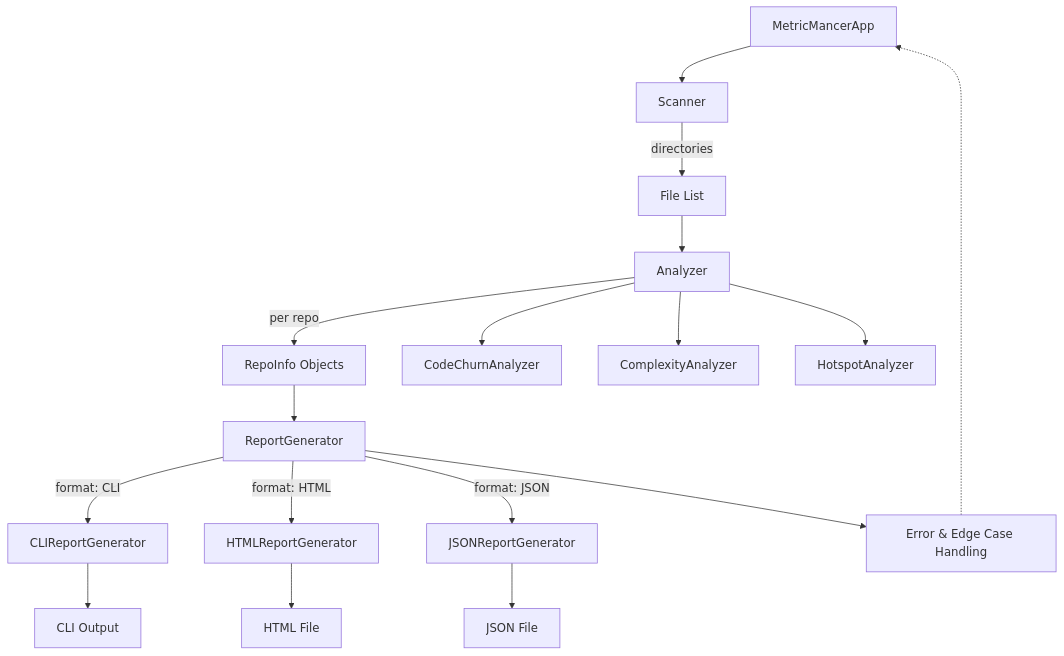
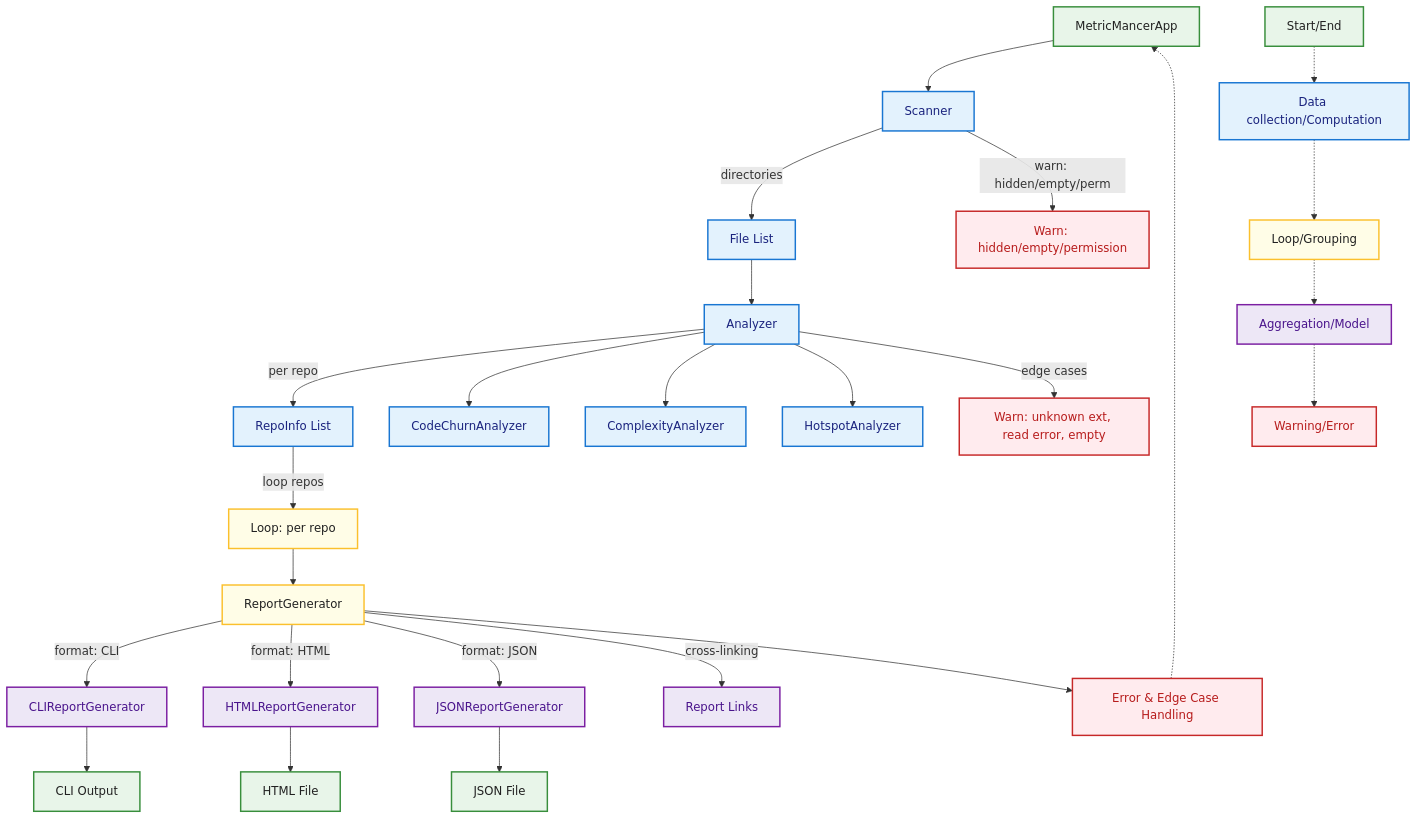
Before and after one commit to CmdrPrompt/MetricMancer: the first of 11 diagrams in SoftwareSpecificationAndDesign.md, drawn with Mermaid. The commit also changed other lines of this file and 21 other files, not shown here.

````diff
--- a/SoftwareSpecificationAndDesign.md
+++ b/SoftwareSpecificationAndDesign.md
@@ -163,19 +171,55 @@
 ```mermaid
-graph TD
-  App[MetricMancerApp] --> Scanner[Scanner]
-  Scanner -->|"directories"| Files[File List]
-  Files --> Analyzer[Analyzer]
-  Analyzer -->|"per repo"| RepoInfo[RepoInfo Objects]
-  Analyzer --> CodeChurn[CodeChurnAnalyzer]
-  Analyzer --> Complexity[ComplexityAnalyzer]
-  Analyzer --> Hotspot[HotspotAnalyzer]
-  RepoInfo --> ReportGenerator[ReportGenerator]
-  ReportGenerator -->|"format: CLI"| CLIReport[CLIReportGenerator]
-  ReportGenerator -->|"format: HTML"| HTMLReport[HTMLReportGenerator]
-  CLIReport --> CLIOutput[CLI Output]
-  HTMLReport --> HTMLOutput[HTML File]
-  ReportGenerator -->|"format: JSON"| JSONReport[JSONReportGenerator]
-  JSONReport --> JSONOutput[JSON File]
-  ReportGenerator --> ErrorHandling[Error & Edge Case Handling]
-  ErrorHandling -.-> App
+flowchart TD
+    App[MetricMancerApp]
+    App --> Scanner[Scanner]
+    Scanner -->|"directories"| Files[File List]
+    Files --> Analyzer[Analyzer]
+    Analyzer -->|"per repo"| RepoInfos[RepoInfo List]
+    Analyzer --> CodeChurn[CodeChurnAnalyzer]
+    Analyzer --> Complexity[ComplexityAnalyzer]
+    Analyzer --> Hotspot[HotspotAnalyzer]
+    Analyzer -->|"edge cases"| AnalyzerWarn[Warn: unknown ext, read error, empty]
+    RepoInfos -->|"loop repos"| ReportGenLoop[Loop: per repo]
+    ReportGenLoop --> ReportGenerator[ReportGenerator]
+    ReportGenerator -->|"format: CLI"| CLIReport[CLIReportGenerator]
+    ReportGenerator -->|"format: HTML"| HTMLReport[HTMLReportGenerator]
+    ReportGenerator -->|"format: JSON"| JSONReport[JSONReportGenerator]
+    CLIReport --> CLIOutput[CLI Output]
+    HTMLReport --> HTMLOutput[HTML File]
+    JSONReport --> JSONOutput[JSON File]
+    ReportGenerator -->|"cross-linking"| CrossLinks[Report Links]
+    ReportGenerator --> ErrorHandling[Error & Edge Case Handling]
+    ErrorHandling -.-> App
+    Scanner -->|"warn: hidden/empty/perm"| ScannerWarn[Warn: hidden/empty/permission]
+
+    %% Legend
+    LegendStart[Start/End]:::start
+    LegendCalc[Data collection/Computation]:::calc
+    LegendLoop[Loop/Grouping]:::loop
+    LegendAgg[Aggregation/Model]:::agg
+    LegendWarn[Warning/Error]:::warn
+
+    LegendStart -.-> LegendCalc
+    LegendCalc -.-> LegendLoop
+    LegendLoop -.-> LegendAgg
+    LegendAgg -.-> LegendWarn
+
+    classDef start fill:#e8f5e9,stroke:#388e3c,stroke-width:2px,color:#212121;
+    classDef calc fill:#e3f2fd,stroke:#1976d2,stroke-width:2px,color:#1a237e;
+    classDef loop fill:#fffde7,stroke:#fbc02d,stroke-width:2px,color:#212121;
+    classDef agg fill:#ede7f6,stroke:#7b1fa2,stroke-width:2px,color:#4a148c;
+    classDef warn fill:#ffebee,stroke:#c62828,stroke-width:2px,color:#b71c1c;
+
+    class LegendStart start;
+    class LegendCalc calc;
+    class LegendLoop loop;
+    class LegendAgg agg;
+    class LegendWarn warn;
+
+    %% Main node color coding
+    class App,CLIOutput,HTMLOutput,JSONOutput start;
+    class Scanner,Files,Analyzer,RepoInfos,CodeChurn,Complexity,Hotspot calc;
+    class ReportGenLoop,ReportGenerator loop;
+    class CLIReport,HTMLReport,JSONReport,CrossLinks agg;
+    class AnalyzerWarn,ScannerWarn,ErrorHandling warn;
 ```
````
